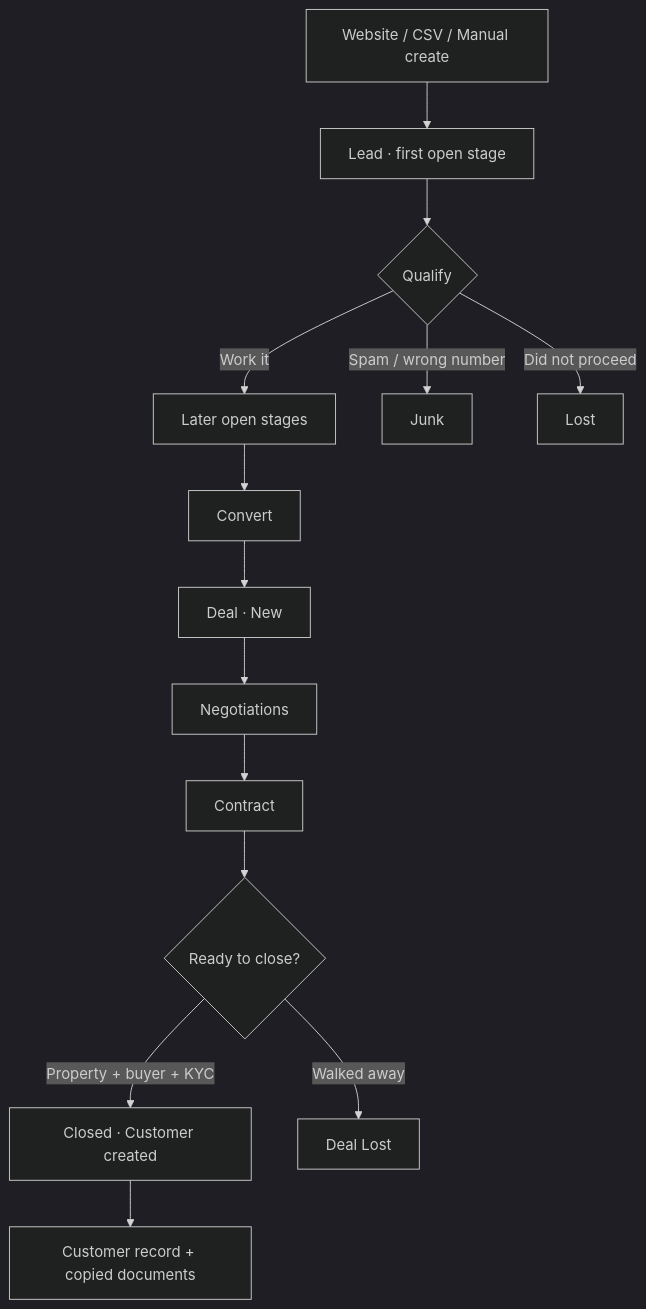
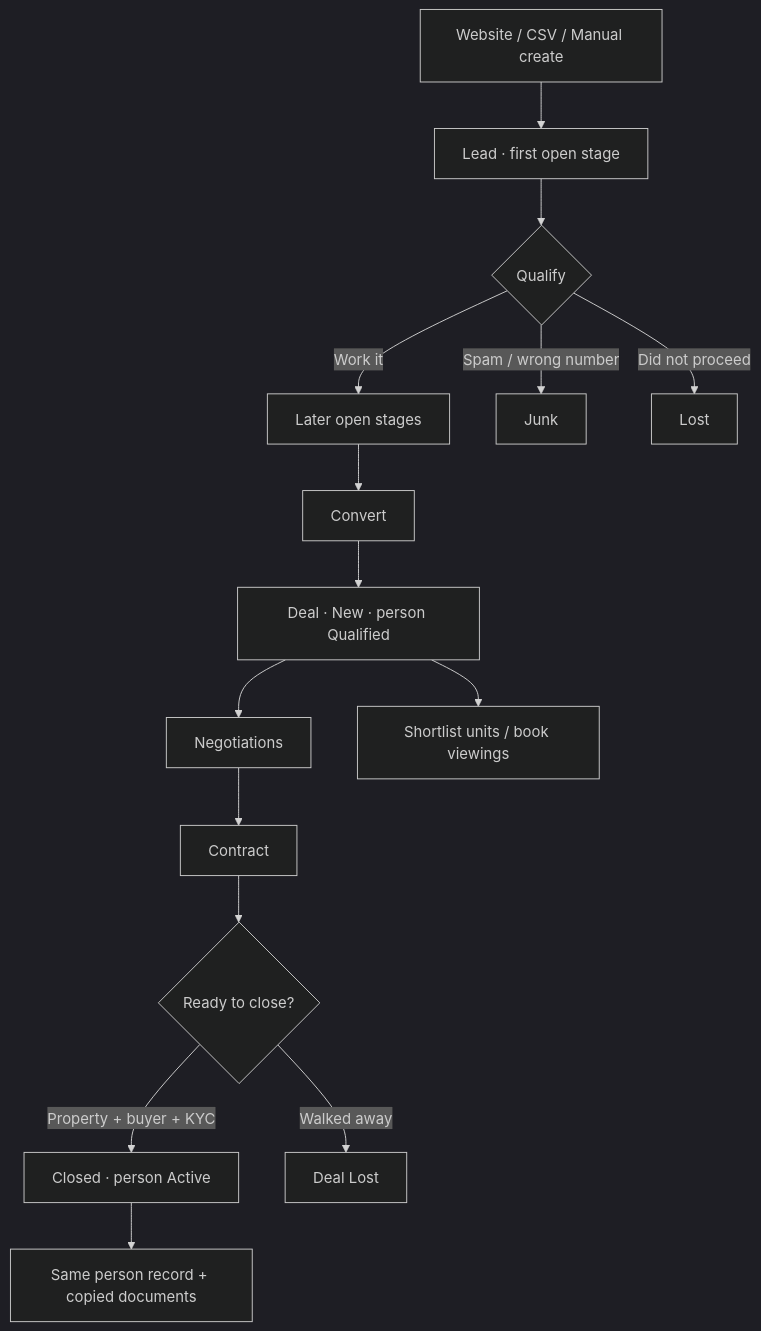
The diagram in CURRENT_CRM.md (asadknow-hub/urbanluxeportal), drawn with Mermaid (dark theme) before and after one commit. The commit also changed other lines of this file and 29 other files, not shown here.

Commit message:
Evolve the CRM so a person exists from first contact, with inventory units and bookable viewings.

````diff
--- a/CURRENT_CRM.md
+++ b/CURRENT_CRM.md
@@ -118,16 +119,17 @@
 ```mermaid
 flowchart TD
   A[Website / CSV / Manual create] --> B[Lead · first open stage]
   B --> C{Qualify}
   C -->|Work it| D[Later open stages]
   C -->|Spam / wrong number| J[Junk]
   C -->|Did not proceed| L[Lost]
   D --> E[Convert]
-  E --> F[Deal · New]
+  E --> F[Deal · New · person Qualified]
   F --> G[Negotiations]
   G --> H[Contract]
   H --> I{Ready to close?}
-  I -->|Property + buyer + KYC| K[Closed · Customer created]
+  I -->|Property + buyer + KYC| K[Closed · person Active]
   I -->|Walked away| M[Deal Lost]
-  K --> N[Customer record + copied documents]
+  K --> N[Same person record + copied documents]
+  F --> V[Shortlist units / book viewings]
 ```
````
